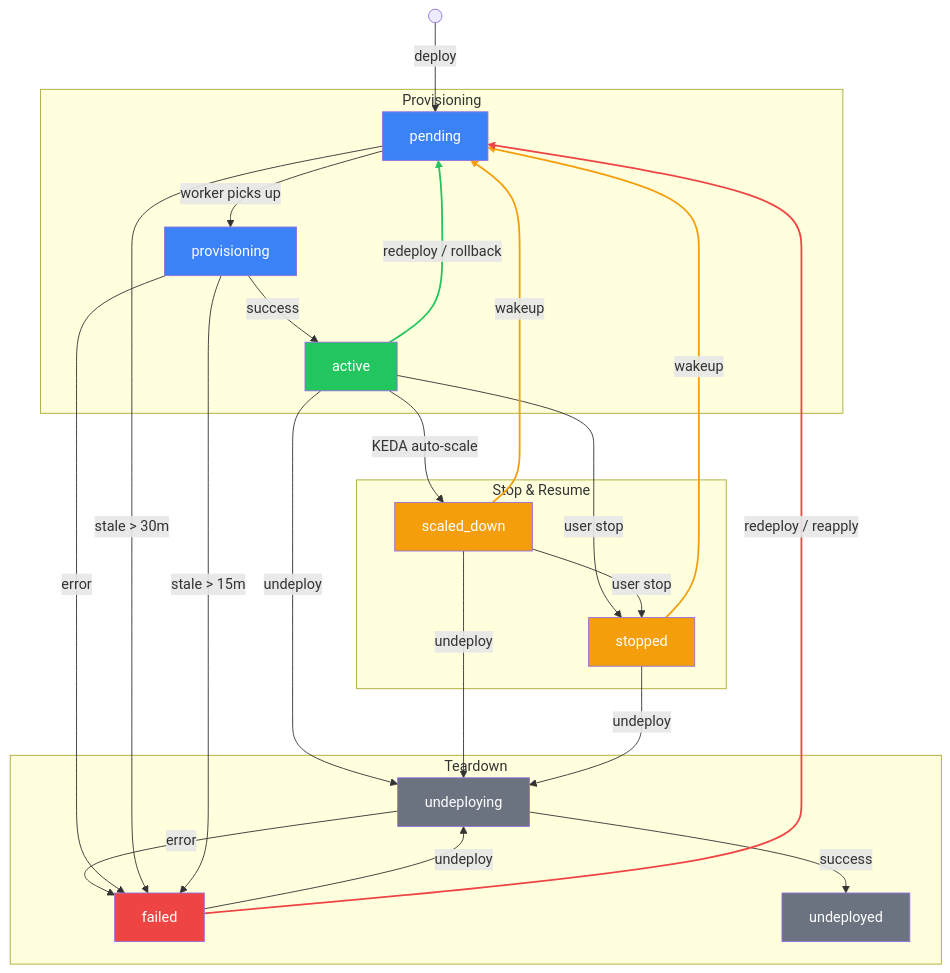
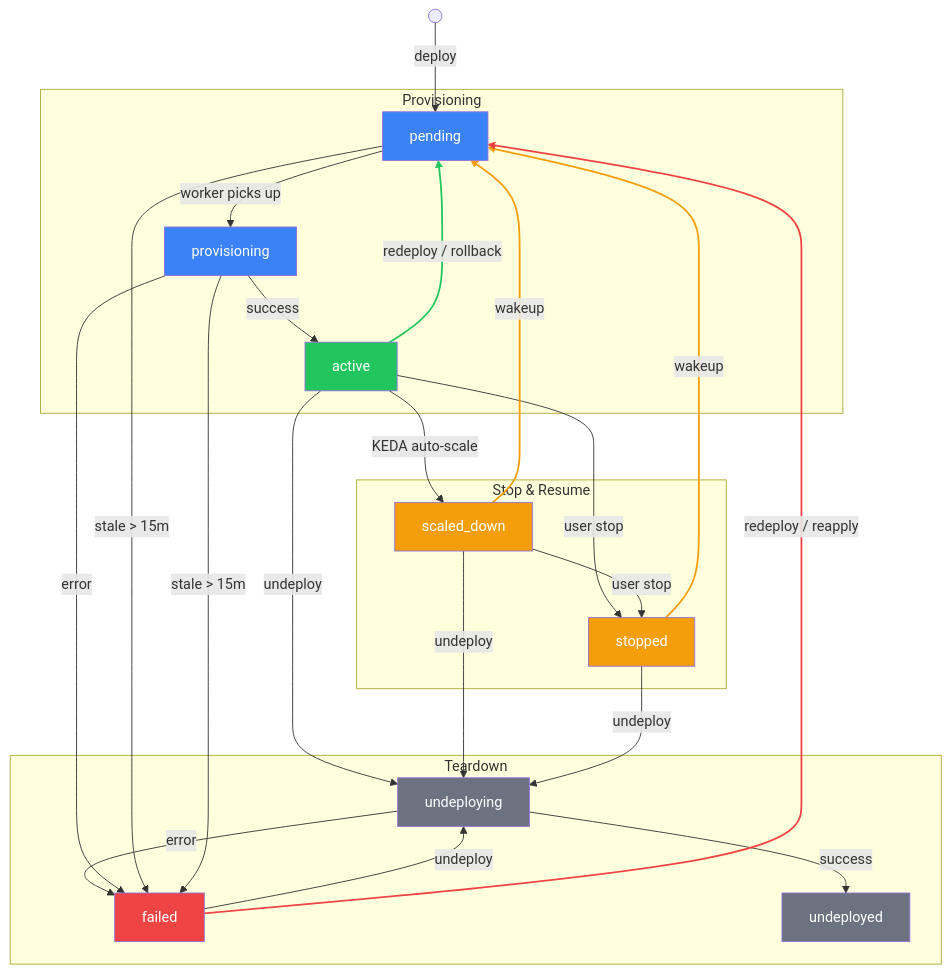
Before and after one commit to astropods/astro-cli: the diagram in docs/03-architecture/deployment-state-machine.md, drawn with Mermaid. The commit also changed other lines of this file and 2 other files, not shown here.

First line of the commit message:
docs: fix stale architecture docs (interactions, state-machine, orgs) (#1854)

````diff
--- a/docs/03-architecture/deployment-state-machine.md
+++ b/docs/03-architecture/deployment-state-machine.md
@@ -20,46 +22,46 @@
 ```mermaid
 flowchart TD
     new(( )) -->|deploy| pending
 
     subgraph Provisioning
         pending -->|worker picks up| provisioning
         provisioning -->|success| active
     end
 
     subgraph "Stop & Resume"
         active -->|KEDA auto-scale| scaled_down
         active -->|user stop| stopped
         scaled_down -->|user stop| stopped
         scaled_down -->|wakeup| pending
         stopped -->|wakeup| pending
     end
 
     subgraph Teardown
         active -->|undeploy| undeploying
         failed -->|undeploy| undeploying
         scaled_down -->|undeploy| undeploying
         stopped -->|undeploy| undeploying
         undeploying -->|success| undeployed
         undeploying -->|error| failed
     end
 
     active -->|redeploy / rollback| pending
     failed -->|redeploy / reapply| pending
     provisioning -->|error| failed
-    pending -->|stale &gt; 30m| failed
+    pending -->|stale &gt; 15m| failed
     provisioning -->|stale &gt; 15m| failed
 
     style active fill:#22c55e,color:#fff
     style failed fill:#ef4444,color:#fff
     style stopped fill:#f59e0b,color:#fff
     style scaled_down fill:#f59e0b,color:#fff
     style undeployed fill:#6b7280,color:#fff
     style pending fill:#3b82f6,color:#fff
     style provisioning fill:#3b82f6,color:#fff
     style undeploying fill:#6b7280,color:#fff
 
     linkStyle 6 stroke:#f59e0b,stroke-width:2px
     linkStyle 7 stroke:#f59e0b,stroke-width:2px
     linkStyle 14 stroke:#22c55e,stroke-width:2px
     linkStyle 15 stroke:#ef4444,stroke-width:2px
 ```
````
